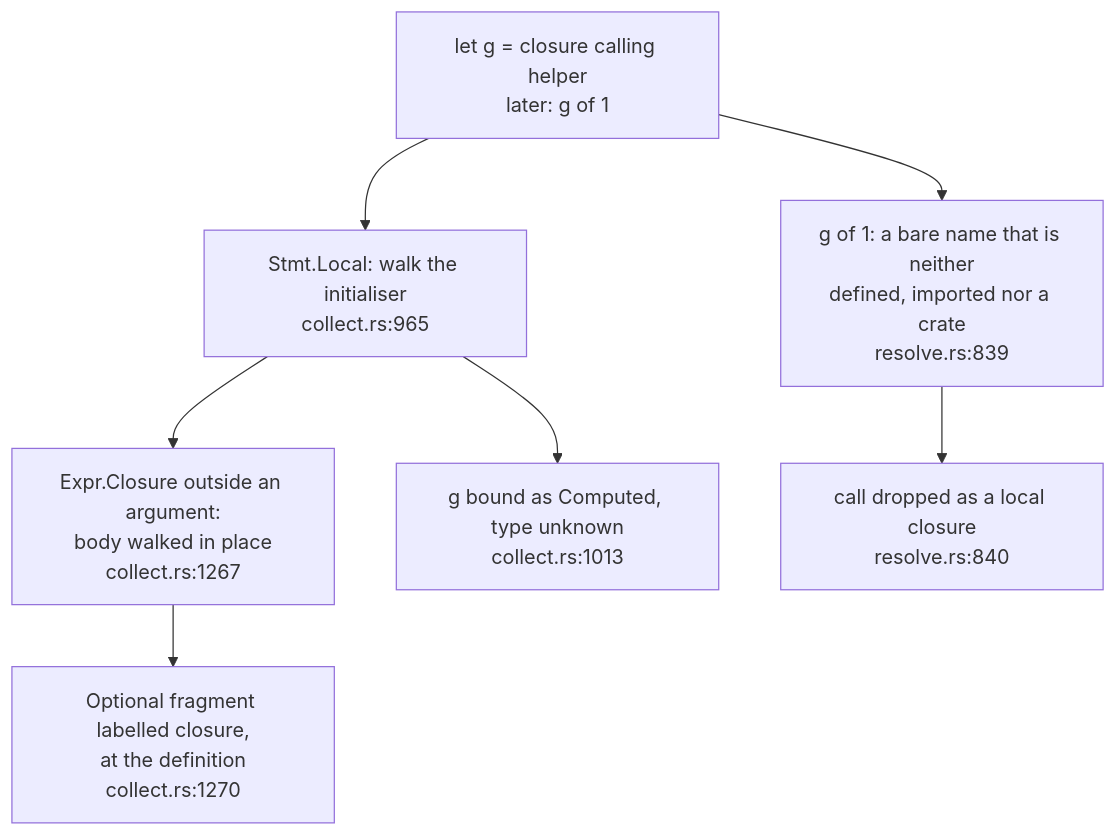
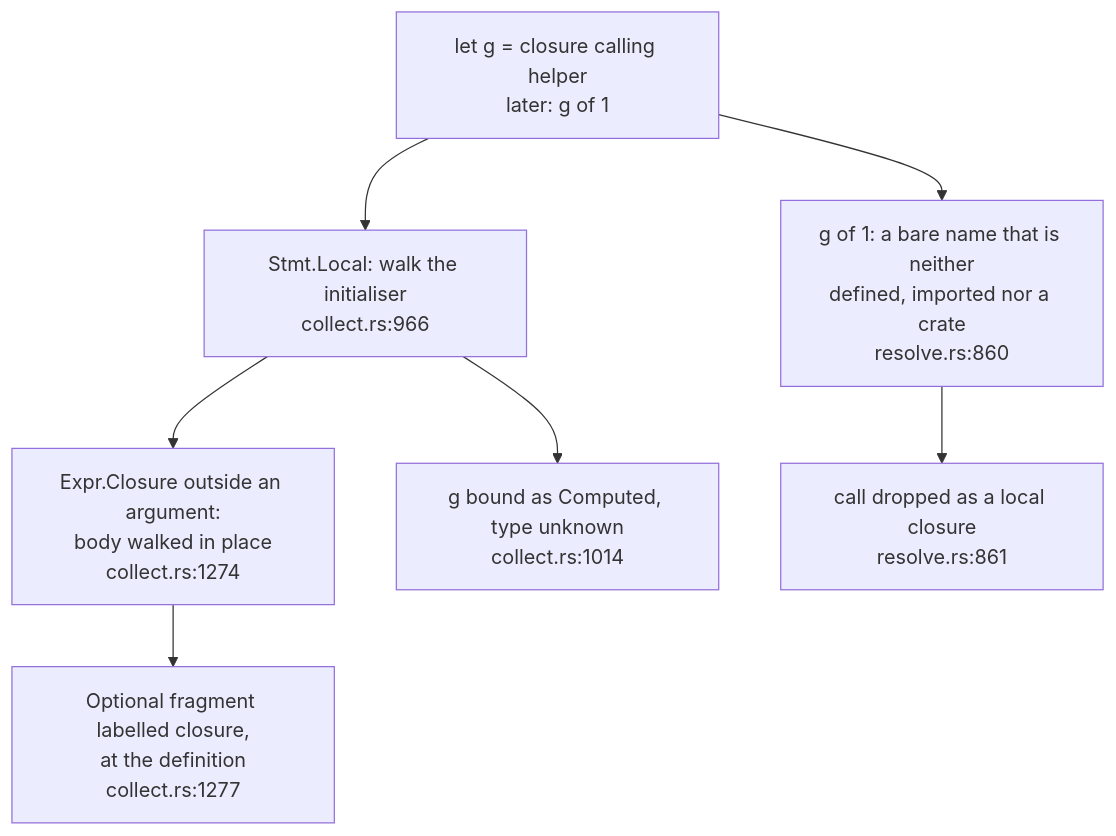
Before and after one commit to DreamLab-AI/codemaid: the fourth of 7 diagrams in docs/diagrams/extract/03-the-flow-walker-and-raw-ir.md, drawn with Mermaid. The commit also changed other lines of this file and 21 other files, not shown here.

````diff
--- a/docs/diagrams/extract/03-the-flow-walker-and-raw-ir.md
+++ b/docs/diagrams/extract/03-the-flow-walker-and-raw-ir.md
@@ -176,13 +177,13 @@
 ```mermaid
 flowchart TB
     SRC["let g = closure calling helper<br/>later: g of 1"]
-    LOC["Stmt.Local: walk the initialiser<br/>collect.rs:965"]
-    CL["Expr.Closure outside an argument:<br/>body walked in place<br/>collect.rs:1267"]
-    OPT["Optional fragment labelled closure,<br/>at the definition<br/>collect.rs:1270"]
-    BIND["g bound as Computed, type unknown<br/>collect.rs:1013"]
-    CALL["g of 1: a bare name that is neither<br/>defined, imported nor a crate<br/>resolve.rs:839"]
-    DROP["call dropped as a local closure<br/>resolve.rs:840"]
+    LOC["Stmt.Local: walk the initialiser<br/>collect.rs:966"]
+    CL["Expr.Closure outside an argument:<br/>body walked in place<br/>collect.rs:1274"]
+    OPT["Optional fragment labelled closure,<br/>at the definition<br/>collect.rs:1277"]
+    BIND["g bound as Computed, type unknown<br/>collect.rs:1014"]
+    CALL["g of 1: a bare name that is neither<br/>defined, imported nor a crate<br/>resolve.rs:860"]
+    DROP["call dropped as a local closure<br/>resolve.rs:861"]
     SRC --> LOC --> CL --> OPT
     LOC --> BIND
     SRC --> CALL --> DROP
 ```
````
